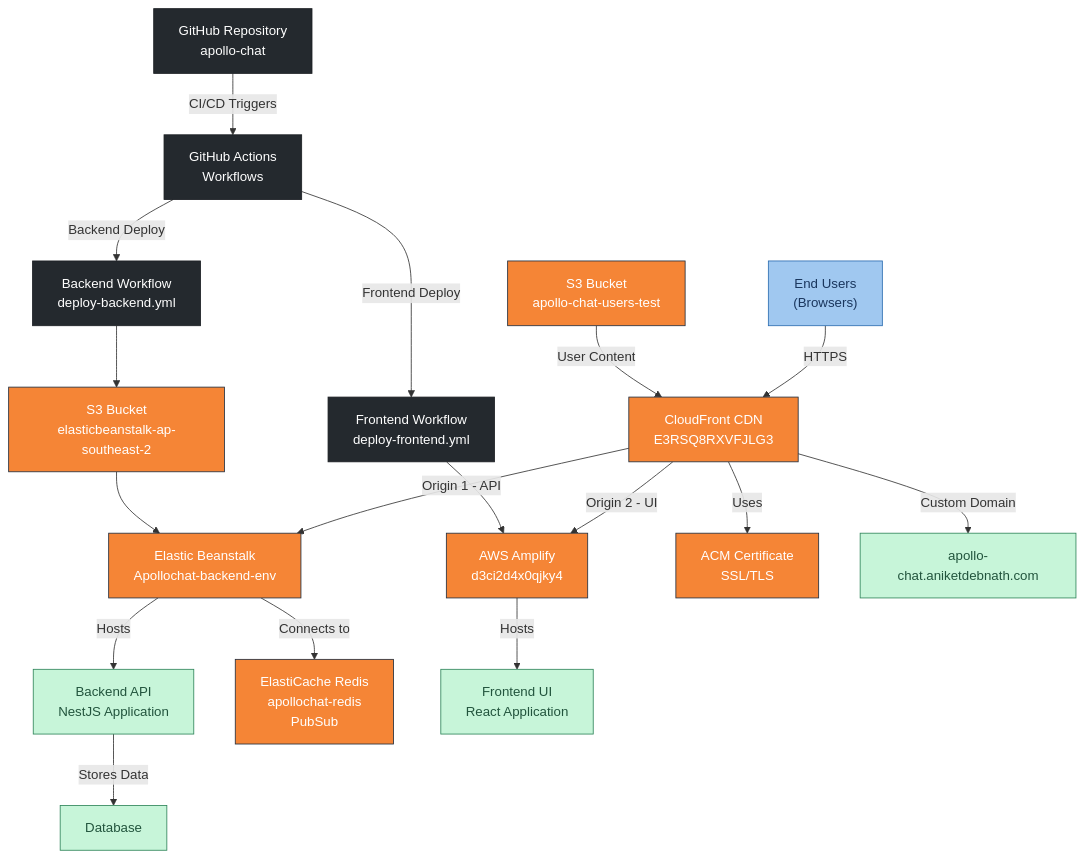
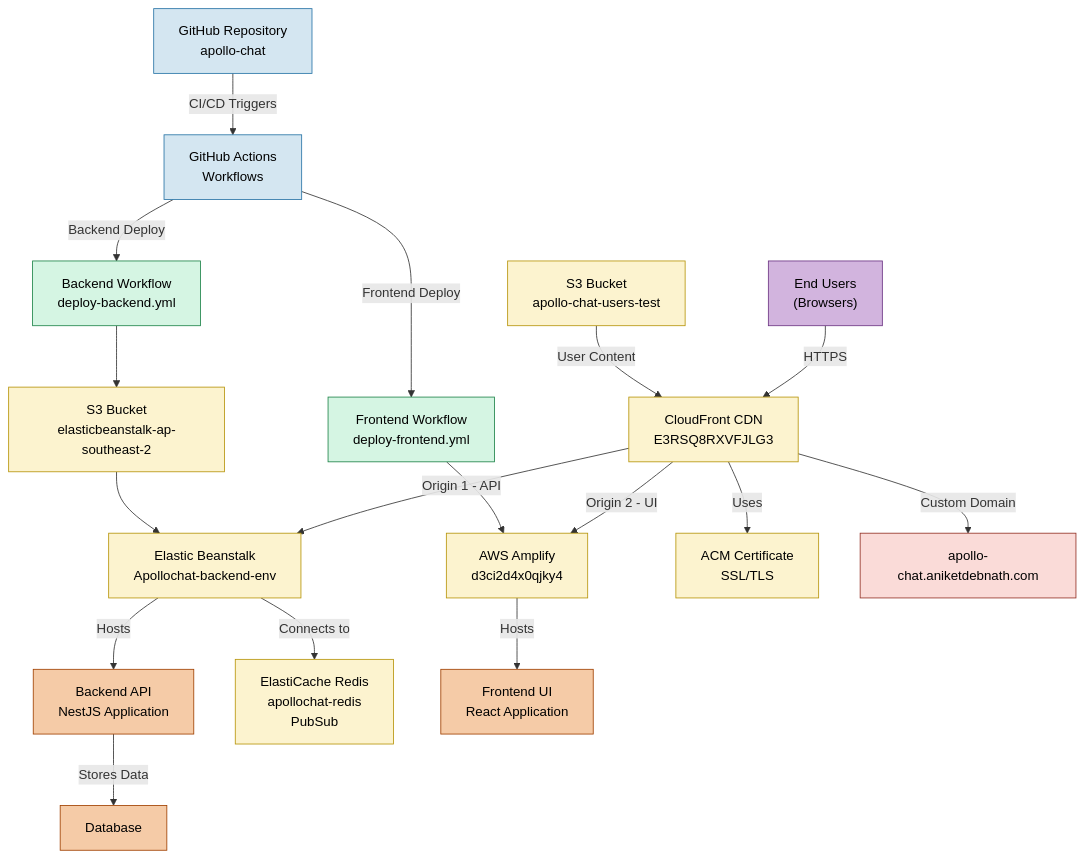
The diagram in docs/infra/deployment.md (aniketdebnath/apollo-chat), drawn with Mermaid before and after one commit. The commit also changed 10 other files, not shown here.

Commit message:
inconsistency in diagrams fixed, updated with high contrast fill color suitable for github dark mode

````diff
--- a/docs/infra/deployment.md
+++ b/docs/infra/deployment.md
@@ -16,47 +16,51 @@
 ```mermaid
 graph TD
     %% Main Components
     GH["GitHub Repository<br/>apollo-chat"] --> |CI/CD Triggers| GHA["GitHub Actions<br/>Workflows"]
 
     %% GitHub Actions Workflows
     GHA --> |Backend Deploy| BEW["Backend Workflow<br/>deploy-backend.yml"]
     GHA --> |Frontend Deploy| FEW["Frontend Workflow<br/>deploy-frontend.yml"]
 
     %% Simplified Deployment Flow
     BEW --> BES3["S3 Bucket<br/>elasticbeanstalk-ap-southeast-2"]
     BES3 --> BEEB["Elastic Beanstalk<br/>Apollochat-backend-env"]
     FEW --> FEAMP["AWS Amplify<br/>d3ci2d4x0qjky4"]
 
     %% Backend Services
     BEEB --> |Hosts| BEAPI["Backend API<br/>NestJS Application"]
     BEEB --> |Connects to| REDIS["ElastiCache Redis<br/>apollochat-redis<br/>PubSub"]
 
     %% Frontend Services
     FEAMP --> |Hosts| FEUI["Frontend UI<br/>React Application"]
 
     %% CDN and Domain
     CDN["CloudFront CDN<br/>E3RSQ8RXVFJLG3"] --> |Origin 1 - API| BEEB
     CDN --> |Origin 2 - UI| FEAMP
     CDN --> |Uses| CERT["ACM Certificate<br/>SSL/TLS"]
     CDN --> |Custom Domain| DOMAIN["apollo-chat.aniketdebnath.com"]
 
     %% Storage
     S3USER["S3 Bucket<br/>apollo-chat-users-test"] --> |User Content| CDN
 
     %% End Users
     USERS["End Users<br/>(Browsers)"] --> |HTTPS| CDN
 
     %% Database Connections
     BEAPI --> |Stores Data| DB["Database"]
 
     %% Styling
-    classDef aws fill:#F58536,stroke:#232F3E,color:white
-    classDef github fill:#24292E,stroke:#1B1F23,color:white
-    classDef users fill:#A0C8F0,stroke:#2B6CB0,color:#1A365D
-    classDef service fill:#C7F5D9,stroke:#2F855A,color:#22543D
+    classDef github fill:#D4E6F1,stroke:#2874A6,stroke-width:1px,color:#000;
+    classDef workflow fill:#D5F5E3,stroke:#1E8449,stroke-width:1px,color:#000;
+    classDef aws fill:#FCF3CF,stroke:#B7950B,stroke-width:1px,color:#000;
+    classDef service fill:#F5CBA7,stroke:#A04000,stroke-width:1px,color:#000;
+    classDef users fill:#D2B4DE,stroke:#6C3483,stroke-width:1px,color:#000;
+    classDef domain fill:#FADBD8,stroke:#943126,stroke-width:1px,color:#000;
 
+    class GH,GHA github
+    class BEW,FEW workflow
     class BEEB,FEAMP,REDIS,CDN,S3USER,BES3,CERT aws
-    class GH,GHA,BEW,FEW github
+    class BEAPI,FEUI,DB service
     class USERS users
-    class BEAPI,FEUI,DB,DOMAIN service
+    class DOMAIN domain
 ```
````
